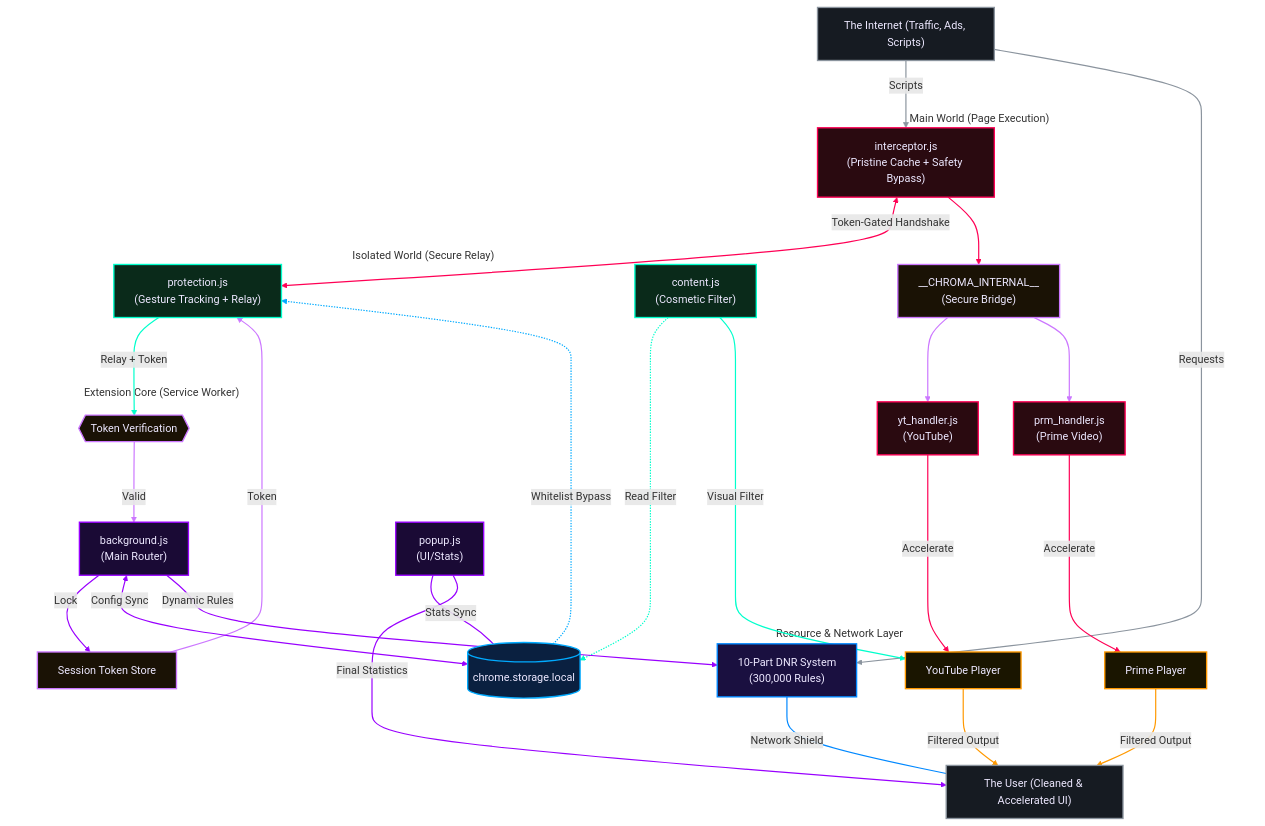
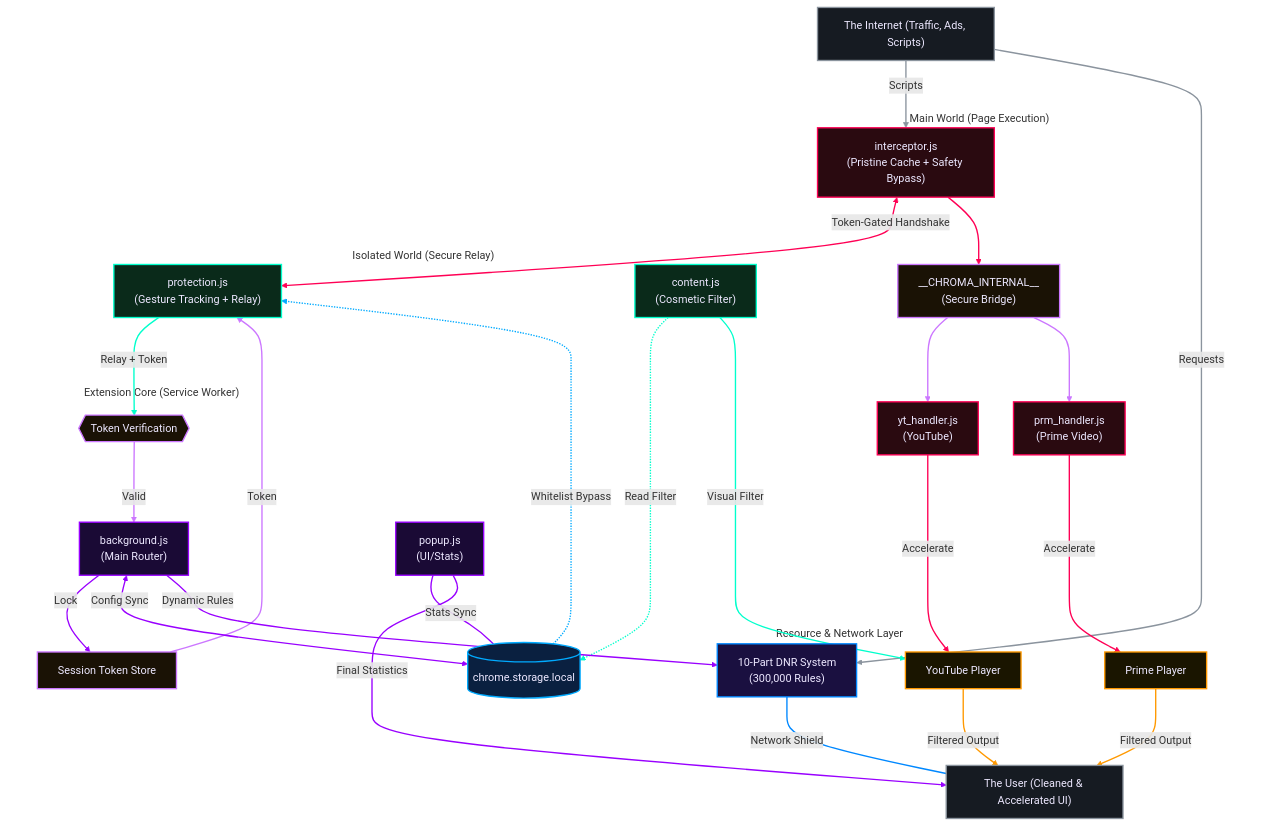
Before and after one commit to Dabrogost/Chroma-Ad-Blocker: the diagram in index.md, drawn with Mermaid. The commit also changed other lines of this file, not shown here.

Commit message:
refactor: simplify Mermaid diagram by removing comments and redundant whitespace

```diff
--- a/index.md
+++ b/index.md
@@ -185,104 +185,60 @@
     classDef dom fill:#1a1500,color:#ede8ff,stroke:#ff9900,stroke-width:2px
     classDef secure fill:#1a1205,color:#ede8ff,stroke:#cc77ff,stroke-width:2px
     classDef actor fill:#161b22,color:#ede8ff,stroke:#8b949e,stroke-width:2px
-
-    %% --- LAYER 0: ENTRANCE ---
     INTERNET["The Internet (Traffic, Ads, Scripts)"]:::actor
-
-    %% --- LAYER 1: MAIN WORLD ---
     subgraph MW["Main World (Page Execution)"]
         MW_INT["interceptor.js<br/>(Pristine Cache + Safety Bypass)"]:::main
         BRIDGE["__CHROMA_INTERNAL__<br/>(Secure Bridge)"]:::secure
         CS_YT["yt_handler.js<br/>(YouTube)"]:::main
         CS_PV["prm_handler.js<br/>(Prime Video)"]:::main
     end
-
-    %% --- LAYER 2: ISOLATED WORLD ---
     subgraph IW["Isolated World (Secure Relay)"]
         CS_PROT["protection.js<br/>(Gesture Tracking + Relay)"]:::isolated
         CS_GEN["content.js<br/>(Cosmetic Filter)"]:::isolated
     end
-
-    %% --- LAYER 3: SERVICE WORKER CORE ---
     subgraph SW["Extension Core (Service Worker)"]
-        VERIFY{{"Token Verification"}}:::secure
+        VERIFY{{Token Verification}}:::secure
         BS["background.js<br/>(Main Router)"]:::sw
         AUTH["Session Token Store"]:::secure
     end
-
-    %% --- LAYER 4: INFRASTRUCTURE ---
     subgraph System["Resource & Network Layer"]
-        STORAGE[("chrome.storage.local")]:::storage
+        STORAGE[(chrome.storage.local)]:::storage
         DNR["10-Part DNR System<br/>(300,000 Rules)"]:::dnr
         YT_DOM["YouTube Player"]:::dom
         PV_DOM["Prime Player"]:::dom
     end
-
-    %% --- LAYER 5: UI & OUTPUT ---
     POPUP["popup.js<br/>(UI/Stats)"]:::sw
     USER["The User (Cleaned & Accelerated UI)"]:::actor
-
-    %% --- PIPELINE DEFINITION (0-21) ---
-    
-    %% INTERNET (Grey: 0, 1)
-    INTERNET -- "Scripts" --> MW_INT
-    INTERNET -- "Requests" --> DNR
-
-    %% MAIN WORLD (Red: 2, 3, 4, 5)
-    MW_INT <==>|"Token-Gated Handshake"| CS_PROT
-    MW_INT --> BRIDGE
-    CS_YT ==>|"Accelerate"| YT_DOM
-    CS_PV ==>|"Accelerate"| PV_DOM
-
-    %% SECURE (Purple: 6, 7, 8, 9)
-    BRIDGE --> CS_YT
-    BRIDGE --> CS_PV
-    VERIFY -- "Valid" --> BS
-    AUTH -- "Token" --> CS_PROT
-
-    %% ISOLATED WORLD (Green: 10, 11, 12)
-    CS_PROT -- "Relay + Token" --> VERIFY
-    CS_GEN -.->|"Read Filter"| STORAGE
-    CS_GEN ==>|"Visual Filter"| YT_DOM
-
-    %% SERVICE WORKER CORE (Lavender: 13, 14, 15)
-    BS -- "Lock" --> AUTH
-    BS <-->|"Config Sync"| STORAGE
-    BS -- "Dynamic Rules" --> DNR
-
-    %% STORAGE (Blue: 16)
-    STORAGE -.->|"Whitelist Bypass"| CS_PROT
-    
-    %% DNR (Blue: 17)
-    DNR ---|"Network Shield"| USER
-
-    %% PLAYERS (Orange: 18, 19)
-    YT_DOM -- "Filtered Output" --> USER
-    PV_DOM -- "Filtered Output" --> USER
-
-    %% POPUP (Lavender: 20, 21)
-    POPUP ---|"Stats Sync"| STORAGE
-    POPUP -- "Final Statistics" --> USER
-
-    %% --- LOGIC TRACING (LINK STYLES) ---
-    %% Internet/User Origin: Grey
-    linkStyle 0,1 stroke:#8b949e,stroke-width:1.75px;
-    %% Main World Origin: Red
-    linkStyle 2,3,4,5 stroke:#ff0055,stroke-width:1.75px;
-    %% Secure Layer Origin: Purple
-    linkStyle 6,7,8,9 stroke:#cc77ff,stroke-width:1.75px;
-    %% Isolated World Origin: Green
-    linkStyle 10,11,12 stroke:#00ffcc,stroke-width:1.75px;
-    %% SW Core Origin: Lavender
-    linkStyle 13,14,15,20,21 stroke:#9900ff,stroke-width:1.75px;
-    %% System / Storage Origin: Blue
-    linkStyle 16 stroke:#00aaff,stroke-width:1.75px;
-    %% DNR Origin: Blue
-    linkStyle 17 stroke:#0088ff,stroke-width:1.75px;
-    %% Player Origin: Orange
-    linkStyle 18,19 stroke:#ff9900,stroke-width:1.75px;
-
-    %% --- HIDE SUBGRAPH BOXES ---
+    INTERNET--"Scripts"-->MW_INT
+    INTERNET--"Requests"-->DNR
+    MW_INT<==>|"Token-Gated Handshake"|CS_PROT
+    MW_INT-->BRIDGE
+    CS_YT==>|"Accelerate"|YT_DOM
+    CS_PV==>|"Accelerate"|PV_DOM
+    BRIDGE-->CS_YT
+    BRIDGE-->CS_PV
+    VERIFY--"Valid"-->BS
+    AUTH--"Token"-->CS_PROT
+    CS_PROT--"Relay + Token"-->VERIFY
+    CS_GEN-.->|"Read Filter"|STORAGE
+    CS_GEN==>|"Visual Filter"|YT_DOM
+    BS--"Lock"-->AUTH
+    BS<-->|"Config Sync"|STORAGE
+    BS--"Dynamic Rules"-->DNR
+    STORAGE-.->|"Whitelist Bypass"|CS_PROT
+    DNR---|"Network Shield"|USER
+    YT_DOM--"Filtered Output"-->USER
+    PV_DOM--"Filtered Output"-->USER
+    POPUP---|"Stats Sync"|STORAGE
+    POPUP--"Final Statistics"-->USER
+    linkStyle 0,1 stroke:#8b949e,stroke-width:2px;
+    linkStyle 2,3,4,5 stroke:#ff0055,stroke-width:2px;
+    linkStyle 6,7,8,9 stroke:#cc77ff,stroke-width:2px;
+    linkStyle 10,11,12 stroke:#00ffcc,stroke-width:2px;
+    linkStyle 13,14,15,20,21 stroke:#9900ff,stroke-width:2px;
+    linkStyle 16 stroke:#00aaff,stroke-width:2px;
+    linkStyle 17 stroke:#0088ff,stroke-width:2px;
+    linkStyle 18,19 stroke:#ff9900,stroke-width:2px;
     style MW fill:none,stroke:none
     style IW fill:none,stroke:none
     style SW fill:none,stroke:none
```
